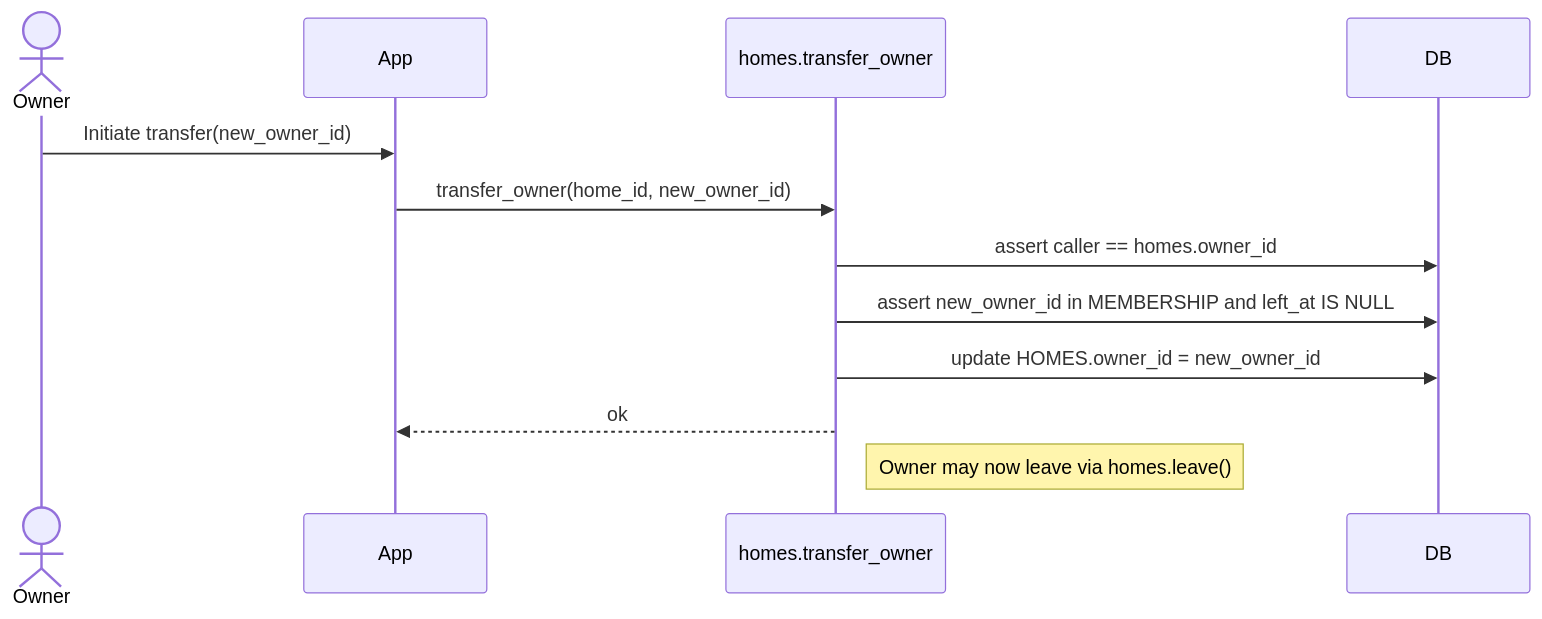
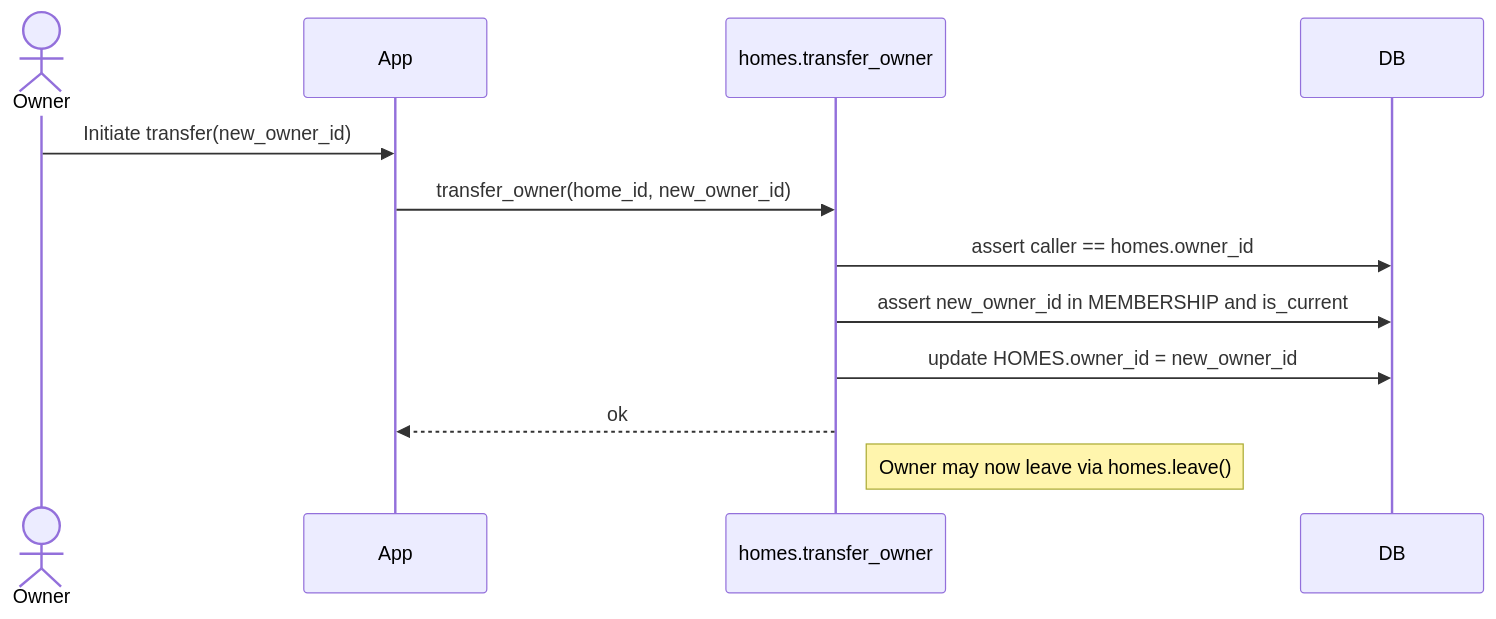
The diagram in docs/diagrams/home_membership/transfer_owner_sequence.md (pariszhuang123/kinly), drawn with Mermaid before and after one commit. The commit also changed other lines of this file and 26 other files, not shown here.

````diff
--- a/docs/diagrams/home_membership/transfer_owner_sequence.md
+++ b/docs/diagrams/home_membership/transfer_owner_sequence.md
@@ -1,15 +1,15 @@
 ```mermaid
 sequenceDiagram
   actor Owner
   participant App
   participant RPC as homes.transfer_owner
   participant DB
 
   Owner->>App: Initiate transfer(new_owner_id)
   App->>RPC: transfer_owner(home_id, new_owner_id)
   RPC->>DB: assert caller == homes.owner_id
-  RPC->>DB: assert new_owner_id in MEMBERSHIP and left_at IS NULL
+  RPC->>DB: assert new_owner_id in MEMBERSHIP and is_current
   RPC->>DB: update HOMES.owner_id = new_owner_id
   RPC-->>App: ok
   Note right of RPC: Owner may now leave via homes.leave()
 ```
````
